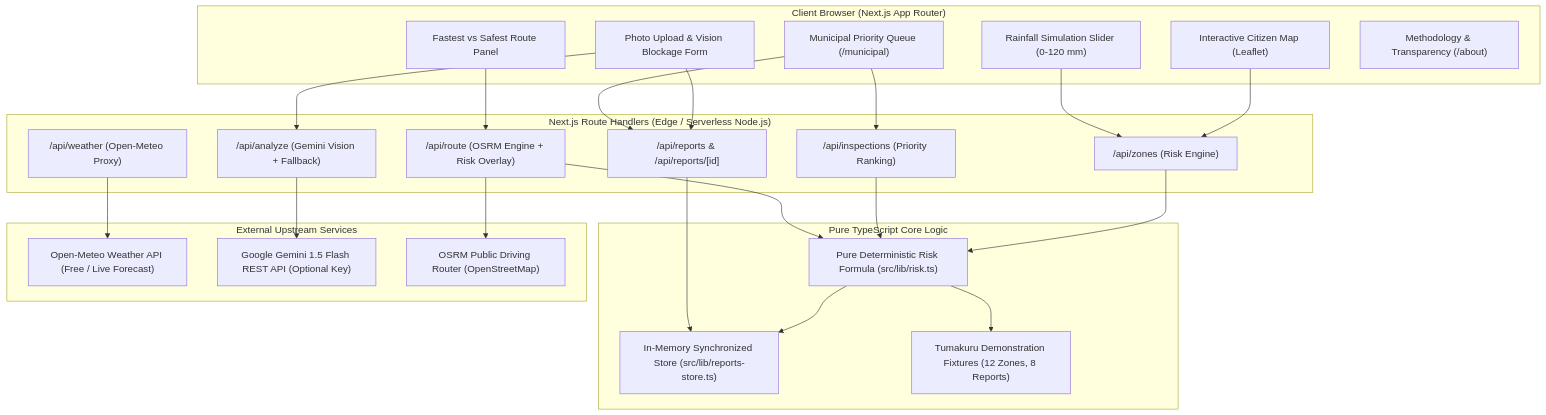
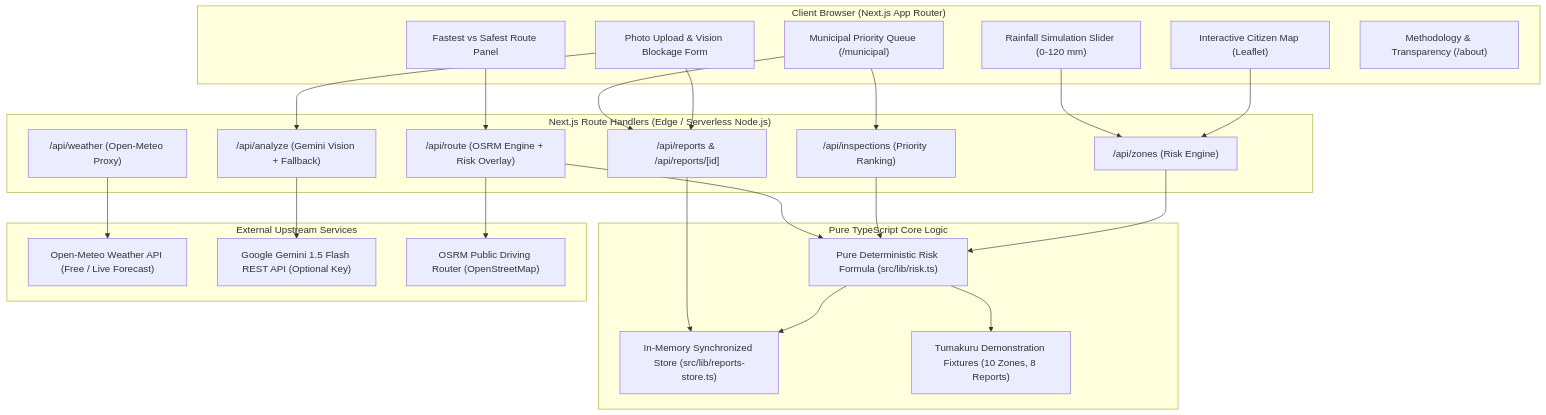
Before and after one commit to saugat2737/DrainGuard: the diagram in README.md, drawn with Mermaid. The commit also changed other lines of this file, not shown here.

````diff
--- a/README.md
+++ b/README.md
@@ -29,52 +29,52 @@
 ```mermaid
 flowchart TD
     subgraph Client ["Client Browser (Next.js App Router)"]
         UI_Citizen["Interactive Citizen Map (Leaflet)"]
         UI_Slider["Rainfall Simulation Slider (0-120 mm)"]
         UI_Report["Photo Upload & Vision Blockage Form"]
         UI_Routing["Fastest vs Safest Route Panel"]
         UI_Muni["Municipal Priority Queue (/municipal)"]
         UI_About["Methodology & Transparency (/about)"]
     end
 
     subgraph Server ["Next.js Route Handlers (Edge / Serverless Node.js)"]
         API_Zones["/api/zones (Risk Engine)"]
         API_Weather["/api/weather (Open-Meteo Proxy)"]
         API_Analyze["/api/analyze (Gemini Vision + Fallback)"]
         API_Reports["/api/reports & /api/reports/[id]"]
         API_Inspections["/api/inspections (Priority Ranking)"]
         API_Route["/api/route (OSRM Engine + Risk Overlay)"]
     end
 
     subgraph CoreEngine ["Pure TypeScript Core Logic"]
         RiskEngine["Pure Deterministic Risk Formula (src/lib/risk.ts)"]
         ReportStore["In-Memory Synchronized Store (src/lib/reports-store.ts)"]
-        SeedFixtures["Tumakuru Demonstration Fixtures (12 Zones, 8 Reports)"]
+        SeedFixtures["Tumakuru Demonstration Fixtures (10 Zones, 8 Reports)"]
     end
 
     subgraph External ["External Upstream Services"]
         OpenMeteo["Open-Meteo Weather API (Free / Live Forecast)"]
         GeminiVision["Google Gemini 1.5 Flash REST API (Optional Key)"]
         OSRM["OSRM Public Driving Router (OpenStreetMap)"]
     end
 
     UI_Citizen --> API_Zones
     UI_Slider --> API_Zones
     UI_Report --> API_Analyze
     UI_Report --> API_Reports
     UI_Routing --> API_Route
     UI_Muni --> API_Inspections
     UI_Muni --> API_Reports
 
     API_Weather --> OpenMeteo
     API_Analyze --> GeminiVision
     API_Route --> OSRM
 
     API_Zones --> RiskEngine
     API_Inspections --> RiskEngine
     API_Route --> RiskEngine
 
     RiskEngine --> SeedFixtures
     RiskEngine --> ReportStore
     API_Reports --> ReportStore
 ```
````
